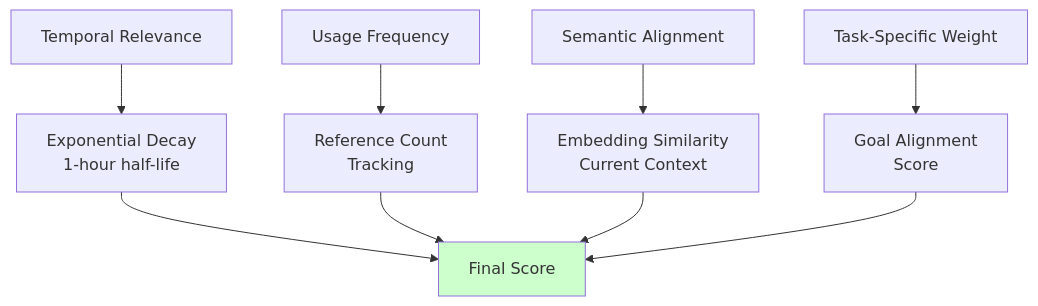
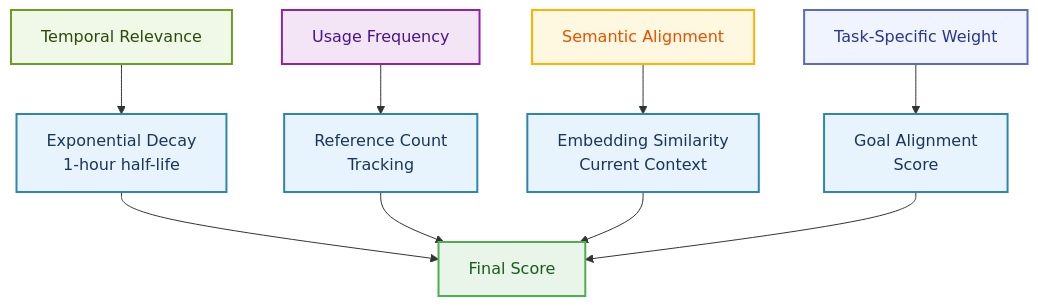
One commit to raphaelmansuy/digital_palace changed the fifth of 17 diagrams in reference/technical-articles/2025-06-29-context-management-llm-agents.md. Above: the diagram before and after it, drawn with Mermaid. The commit also changed other lines of this file, not shown here.

Commit message:
feat: enhance flowchart styles for improved visual clarity and consistency

````diff
--- a/reference/technical-articles/2025-06-29-context-management-llm-agents.md
+++ b/reference/technical-articles/2025-06-29-context-management-llm-agents.md
@@ -181,14 +200,22 @@
 ```mermaid
 flowchart TD
     A[Temporal Relevance] --> E[Exponential Decay<br/>1-hour half-life]
     B[Usage Frequency] --> F[Reference Count<br/>Tracking]
     C[Semantic Alignment] --> G[Embedding Similarity<br/>Current Context]
     D[Task-Specific Weight] --> H[Goal Alignment<br/>Score]
     
     E --> I[Final Score]
     F --> I
     G --> I
     H --> I
     
-    style I fill:#ccffcc
+    style A fill:#F0F9E8,stroke:#6B9C23,stroke-width:2px,color:#2D4A0A
+    style B fill:#F3E5F5,stroke:#8E24AA,stroke-width:2px,color:#4A148C
+    style C fill:#FFF8E1,stroke:#FFB300,stroke-width:2px,color:#E65100
+    style D fill:#F0F4FF,stroke:#5C6BC0,stroke-width:2px,color:#283593
+    style E fill:#E8F4FD,stroke:#2E86AB,stroke-width:2px,color:#1A365D
+    style F fill:#E8F4FD,stroke:#2E86AB,stroke-width:2px,color:#1A365D
+    style G fill:#E8F4FD,stroke:#2E86AB,stroke-width:2px,color:#1A365D
+    style H fill:#E8F4FD,stroke:#2E86AB,stroke-width:2px,color:#1A365D
+    style I fill:#E8F5E8,stroke:#4CAF50,stroke-width:2px,color:#1B5C1E
 ```
````
